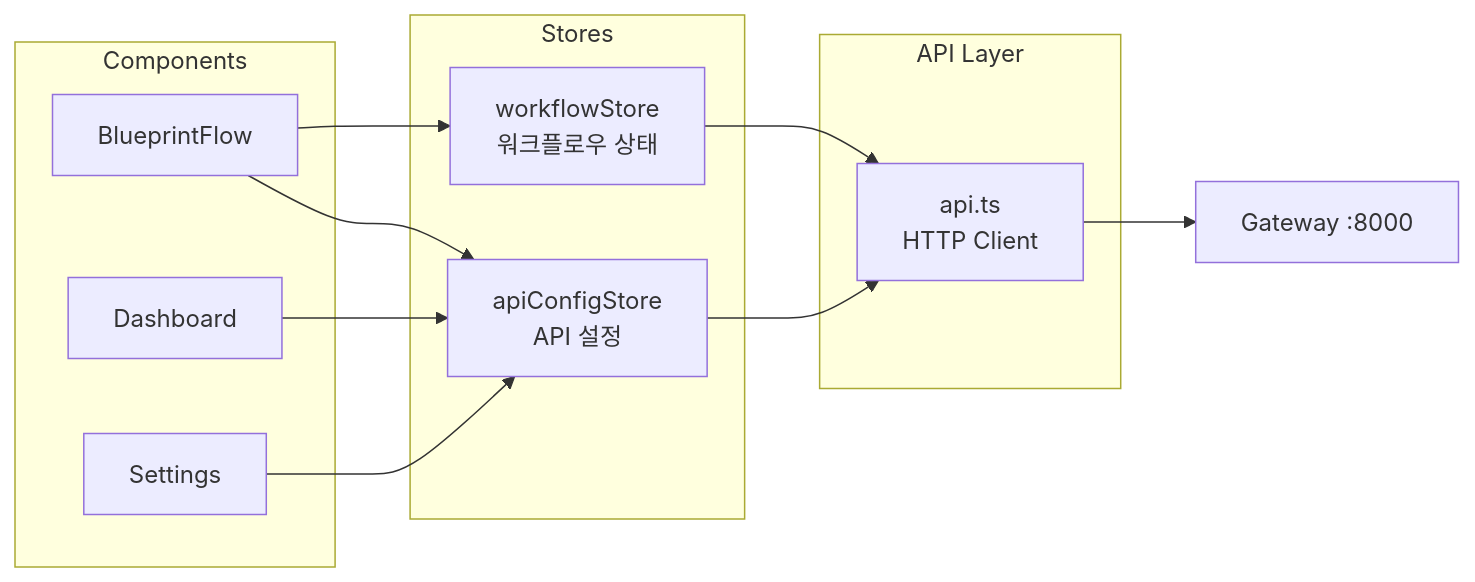
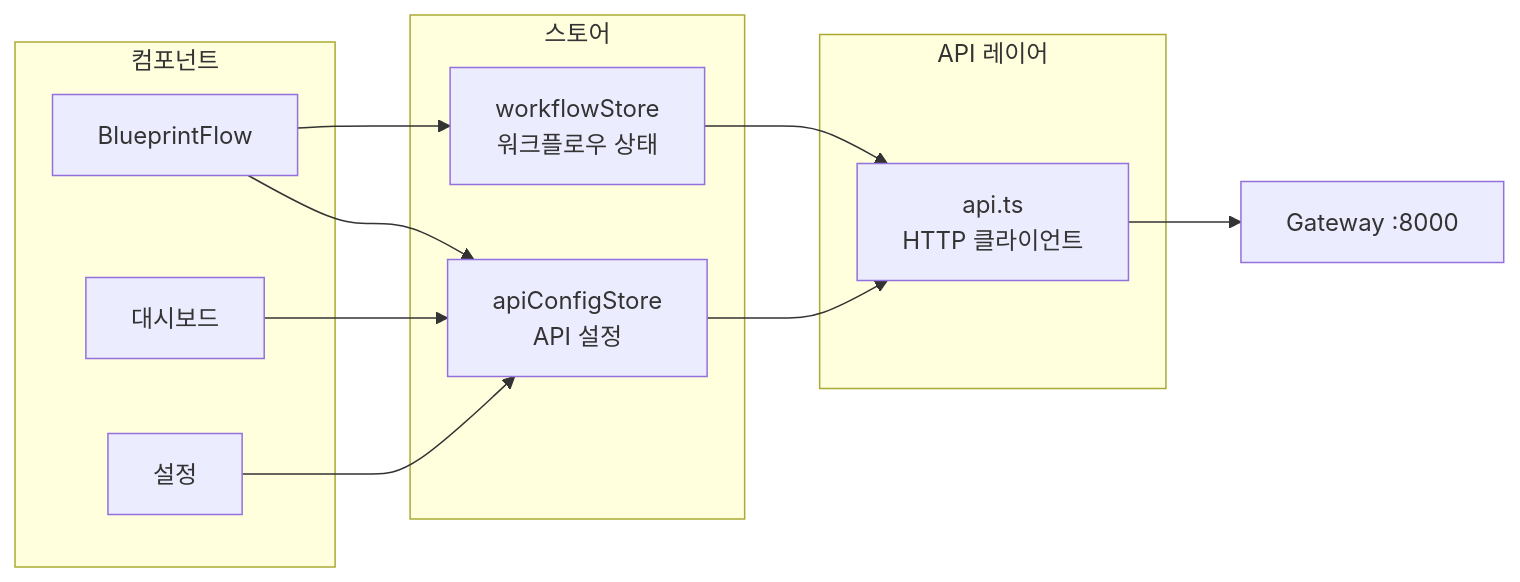
Before and after one commit to uprootai/AX_OCR: the diagram in docs-site/docs/frontend/state-management.md, drawn with Mermaid. The commit also changed other lines of this file and 64 other files, not shown here.

````diff
--- a/docs-site/docs/frontend/state-management.md
+++ b/docs-site/docs/frontend/state-management.md
@@ -13,24 +13,24 @@
 ```mermaid
 flowchart LR
-    subgraph Stores
+    subgraph 스토어
         WS["workflowStore\n워크플로우 상태"]
         AS["apiConfigStore\nAPI 설정"]
     end
 
-    subgraph Components
+    subgraph 컴포넌트
         BF["BlueprintFlow"]
-        DASH["Dashboard"]
-        SET["Settings"]
+        DASH["대시보드"]
+        SET["설정"]
     end
 
     BF --> WS & AS
     DASH --> AS
     SET --> AS
 
-    subgraph API["API Layer"]
-        LIB["api.ts\nHTTP Client"]
+    subgraph API["API 레이어"]
+        LIB["api.ts\nHTTP 클라이언트"]
     end
 
     WS & AS --> LIB
     LIB --> GW["Gateway :8000"]
 ```
````
